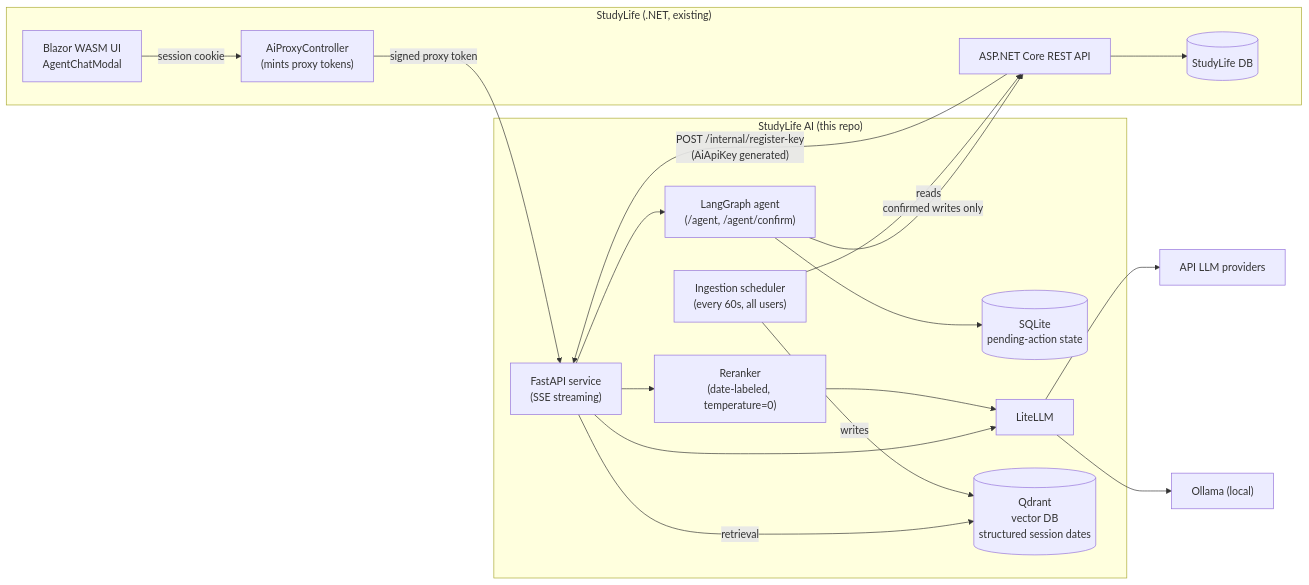
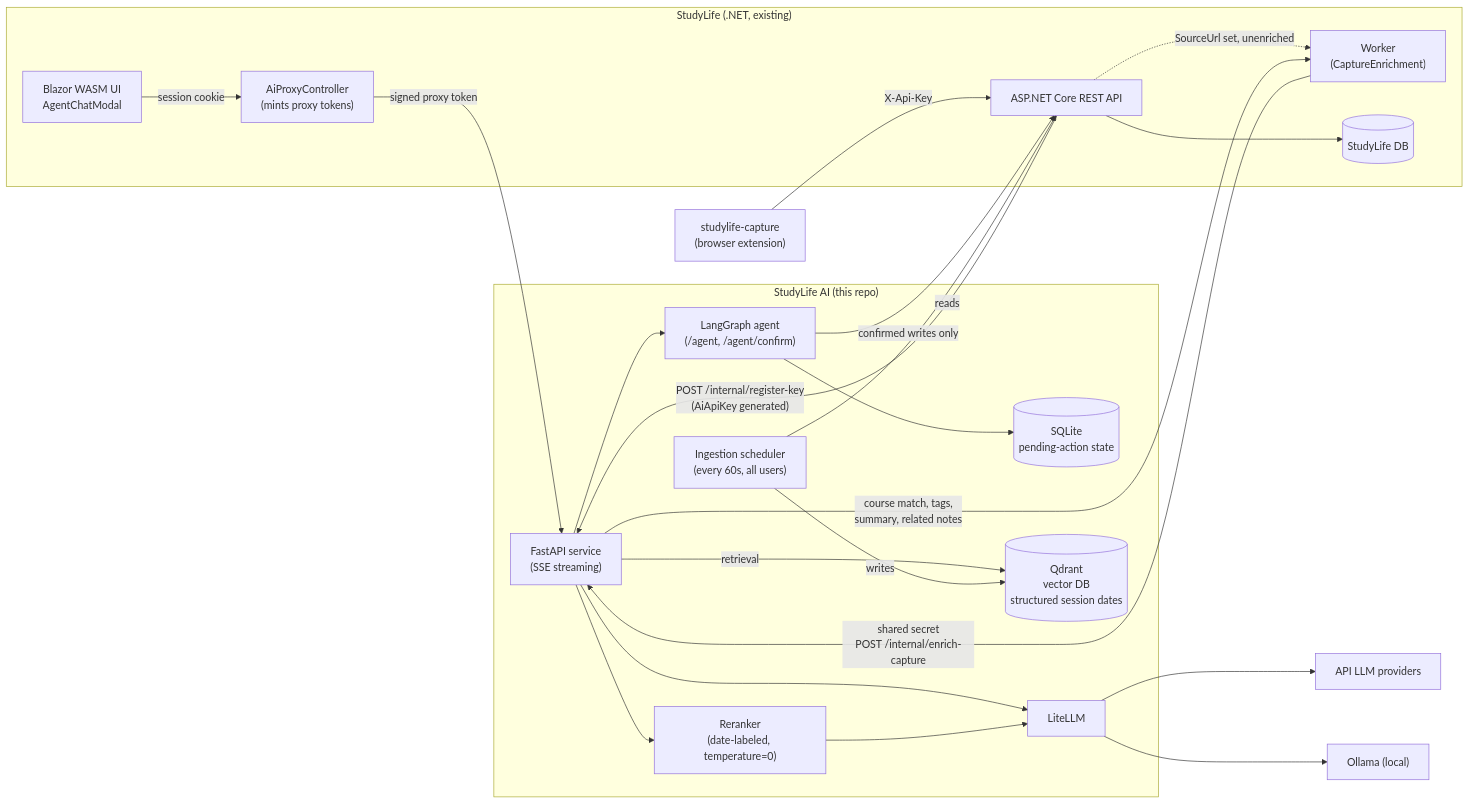
One commit to lukislp/studylife-ai changed the diagram in README.md. Above: the diagram before and after it, drawn with Mermaid. The commit also changed other lines of this file, not shown here.

Commit message:
docs: document capture enrichment (/internal/enrich-capture)

````diff
--- a/README.md
+++ b/README.md
@@ -25,38 +28,45 @@
 ```mermaid
 flowchart LR
     subgraph StudyLife["StudyLife (.NET, existing)"]
         BlazorUI["Blazor WASM UI\nAgentChatModal"]
         AiProxy["AiProxyController\n(mints proxy tokens)"]
         StudyLifeAPI["ASP.NET Core REST API"]
+        CaptureWorker["Worker\n(CaptureEnrichment)"]
         StudyLifeDB[("StudyLife DB")]
     end
+
+    Capture["studylife-capture\n(browser extension)"]
 
     subgraph AI["StudyLife AI (this repo)"]
         FastAPI["FastAPI service\n(SSE streaming)"]
         Reranker["Reranker\n(date-labeled, temperature=0)"]
         Agent["LangGraph agent\n(/agent, /agent/confirm)"]
         Checkpoints[("SQLite\npending-action state")]
         LiteLLM["LiteLLM"]
         Qdrant[("Qdrant\nvector DB\nstructured session dates")]
         Scheduler["Ingestion scheduler\n(every 60s, all users)"]
     end
 
     LLMProviders["API LLM providers"]
     Ollama["Ollama (local)"]
 
     BlazorUI -- session cookie --> AiProxy
     AiProxy -- signed proxy token --> FastAPI
     StudyLifeAPI -- POST /internal/register-key\n(AiApiKey generated) --> FastAPI
     FastAPI --> LiteLLM
     FastAPI -- retrieval --> Qdrant
     FastAPI --> Reranker
     Reranker --> LiteLLM
     FastAPI --> Agent
     Agent --> Checkpoints
     Agent -- confirmed writes only --> StudyLifeAPI
     LiteLLM --> LLMProviders
     LiteLLM --> Ollama
     Scheduler -- reads --> StudyLifeAPI
     Scheduler -- writes --> Qdrant
     StudyLifeAPI --> StudyLifeDB
+    Capture -- "X-Api-Key" --> StudyLifeAPI
+    StudyLifeAPI -. "SourceUrl set, unenriched" .-> CaptureWorker
+    CaptureWorker -- "shared secret\nPOST /internal/enrich-capture" --> FastAPI
+    FastAPI -- "course match, tags,\nsummary, related notes" --> CaptureWorker
 ```
````
